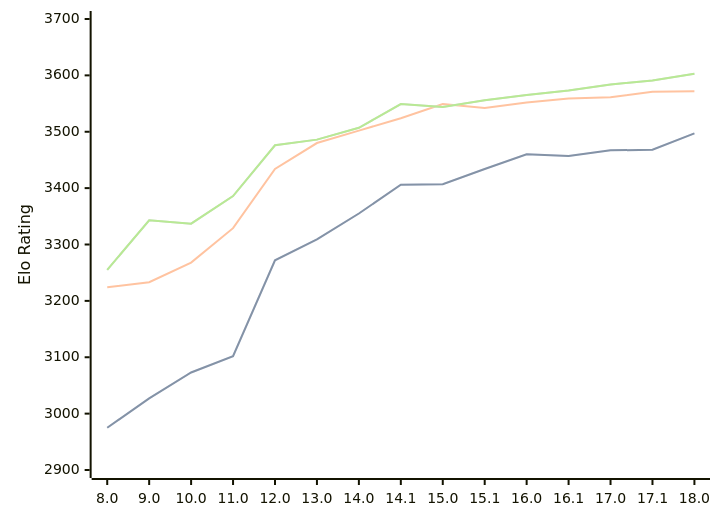
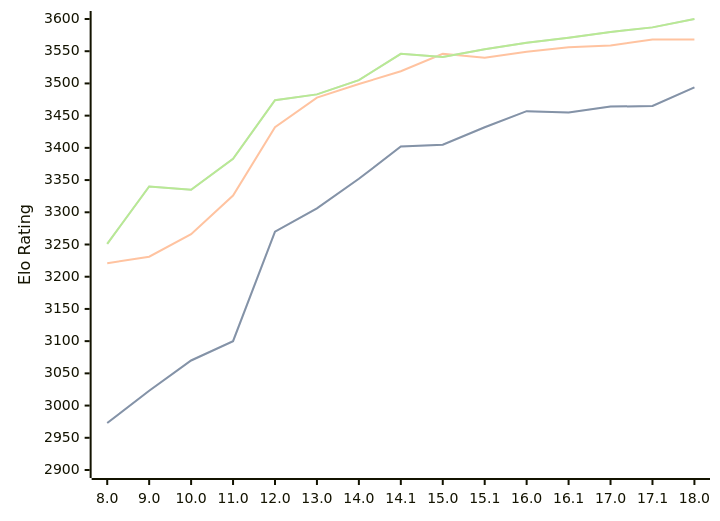
Before and after one commit to computer-chess-index/cci: the diagram in engines/Stockfish.md, drawn with Mermaid. The commit also changed other lines of this file, not shown here.

Commit message:
Update CCI Ratings (ELO VLTC) - 2026-06-08

````diff
--- a/engines/Stockfish.md
+++ b/engines/Stockfish.md
@@ -46,11 +46,11 @@
 ```mermaid
 %%{init: {"theme":"base","themeVariables":{"seriesColors:['#a3a3a3','#222221','#faa371']}}}%%
 xychart-beta
   x-axis ["8.0", "9.0", "10.0", "11.0", "12.0", "13.0", "14.0", "14.1", "15.0", "15.1", "16.0", "16.1", "17.0", "17.1", "18.0"]
-  y-axis "Elo Rating" 2900 --> 3700
-  line "STC (8.0+0.08s)" [2975, 3027, 3073, 3102, 3272, 3309, 3355, 3406, 3407, 3434, 3460, 3457, 3467, 3468, 3497]
-  line "STC (8.0+0.08s)" [2975, 3027, 3073, 3102, 3272, 3309, 3355, 3406, 3407, 3434, 3460, 3457, 3467, 3468, 3497]
-  line "LTC (60.0+0.60s)" [3224, 3233, 3268, 3329, 3434, 3480, 3502, 3524, 3549, 3542, 3552, 3559, 3561, 3571, 3572]
-  line "VLTC (2m24s+1.12s)" [3255, 3343, 3337, 3386, 3476, 3486, 3507, 3549, 3544, 3556, 3565, 3573, 3584, 3591, 3603]
-  line "VLTC (2m24s+1.12s)" [3255, 3343, 3337, 3386, 3476, 3486, 3507, 3549, 3544, 3556, 3565, 3573, 3584, 3591, 3603]
+  y-axis "Elo Rating" 2900 --> 3600
+  line "STC (8.0+0.08s)" [2973, 3023, 3070, 3100, 3270, 3306, 3352, 3402, 3405, 3432, 3457, 3455, 3464, 3465, 3494]
+  line "STC (8.0+0.08s)" [2973, 3023, 3070, 3100, 3270, 3306, 3352, 3402, 3405, 3432, 3457, 3455, 3464, 3465, 3494]
+  line "LTC (60.0+0.60s)" [3221, 3231, 3266, 3326, 3432, 3478, 3499, 3519, 3546, 3540, 3549, 3556, 3559, 3568, 3568]
+  line "VLTC (2m24s+1.12s)" [3251, 3340, 3335, 3383, 3474, 3483, 3505, 3546, 3541, 3553, 3563, 3571, 3580, 3587, 3600]
+  line "VLTC (2m24s+1.12s)" [3251, 3340, 3335, 3383, 3474, 3483, 3505, 3546, 3541, 3553, 3563, 3571, 3580, 3587, 3600]
 ```
````
